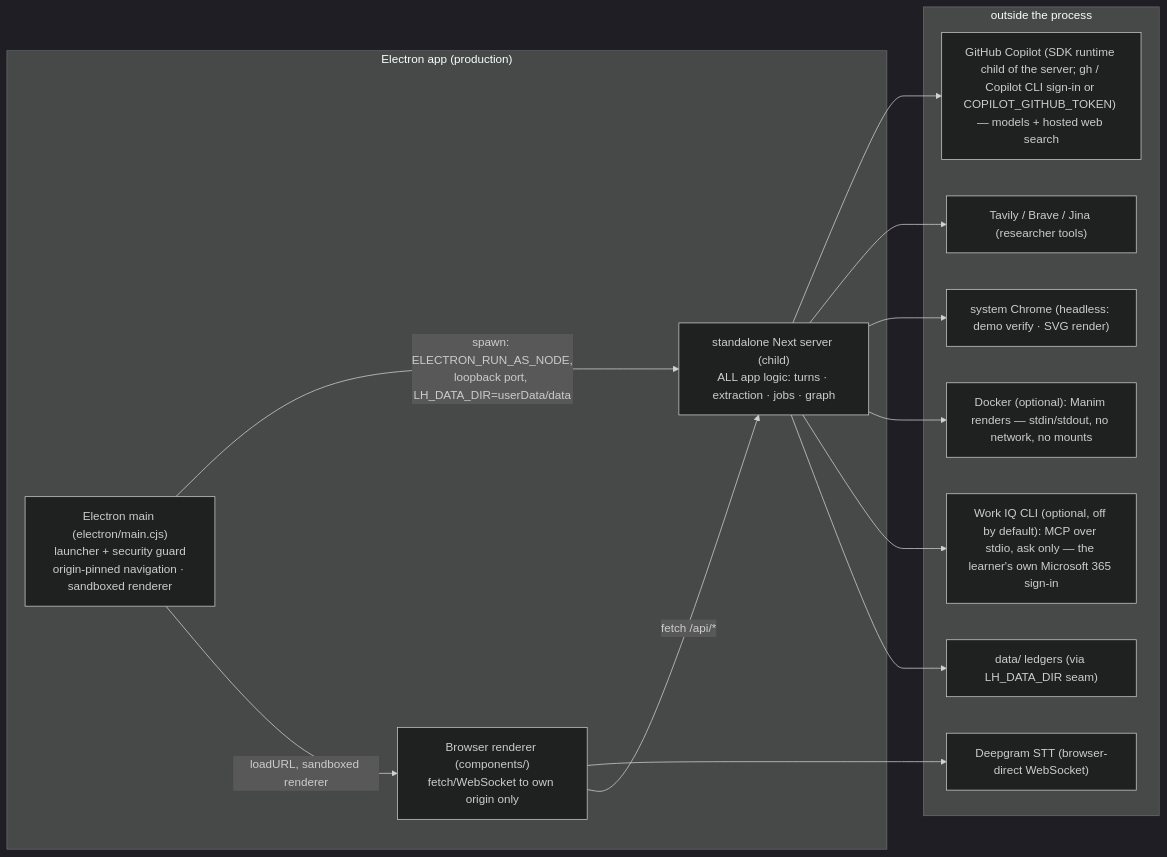
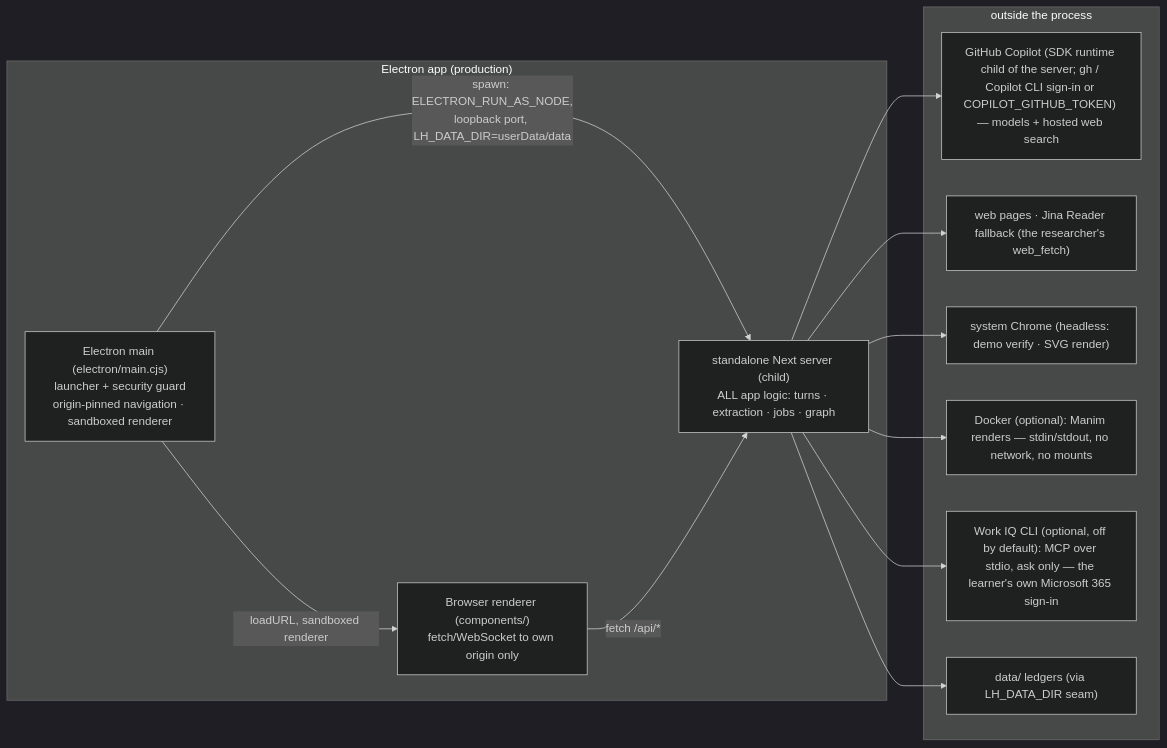
The seventh of 7 diagrams in docs/architecture.md (Bakar404/cairn), drawn with Mermaid (dark theme) before and after one commit. The commit also changed other lines of this file and 66 other files, not shown here.

````diff
--- a/docs/architecture.md
+++ b/docs/architecture.md
@@ -407,24 +405,22 @@
 ```mermaid
 flowchart LR
     subgraph DESKTOP["Electron app (production)"]
         MAIN["Electron main (electron/main.cjs)<br/>launcher + security guard<br/>origin-pinned navigation · sandboxed renderer"] -->|"spawn: ELECTRON_RUN_AS_NODE,<br/>loopback port, LH_DATA_DIR=userData/data"| NEXT["standalone Next server (child)<br/>ALL app logic: turns · extraction · jobs · graph"]
         MAIN -->|"loadURL, sandboxed renderer"| REND["Browser renderer (components/)<br/>fetch/WebSocket to own origin only"]
     end
     subgraph OUTSIDE["outside the process"]
         CP["GitHub Copilot (SDK runtime child of the server; gh / Copilot CLI sign-in or COPILOT_GITHUB_TOKEN) — models + hosted web search"]
-        DG["Deepgram STT (browser-direct WebSocket)"]
-        WEBT["Tavily / Brave / Jina (researcher tools)"]
+        WEBT["web pages · Jina Reader fallback (the researcher's web_fetch)"]
         CHROME["system Chrome (headless: demo verify · SVG render)"]
         DOCKER["Docker (optional): Manim renders — stdin/stdout, no network, no mounts"]
         WORKIQ["Work IQ CLI (optional, off by default): MCP over stdio, ask only — the learner's own Microsoft 365 sign-in"]
         DISK["data/ ledgers (via LH_DATA_DIR seam)"]
     end
     NEXT --> CP
     NEXT --> WEBT
     NEXT --> CHROME
     NEXT --> DOCKER
     NEXT --> WORKIQ
     NEXT --> DISK
-    REND --> DG
     REND -->|"fetch /api/*"| NEXT
 ```
````
